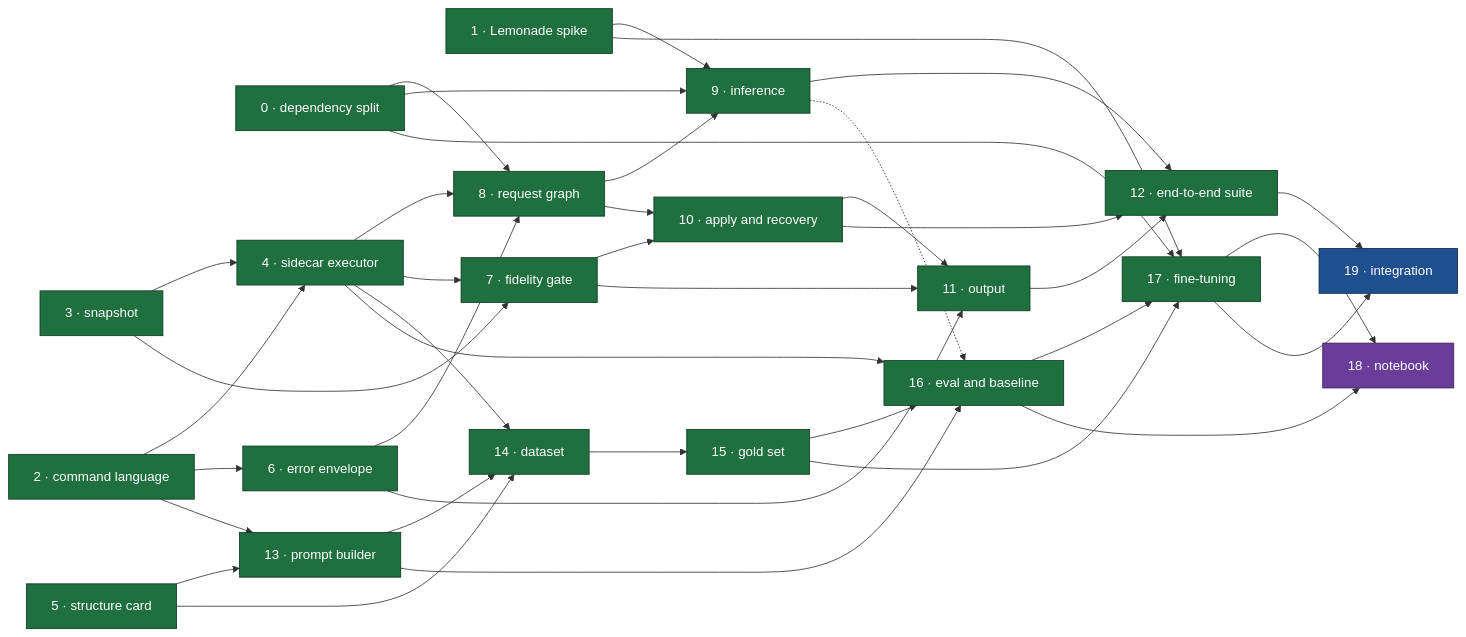
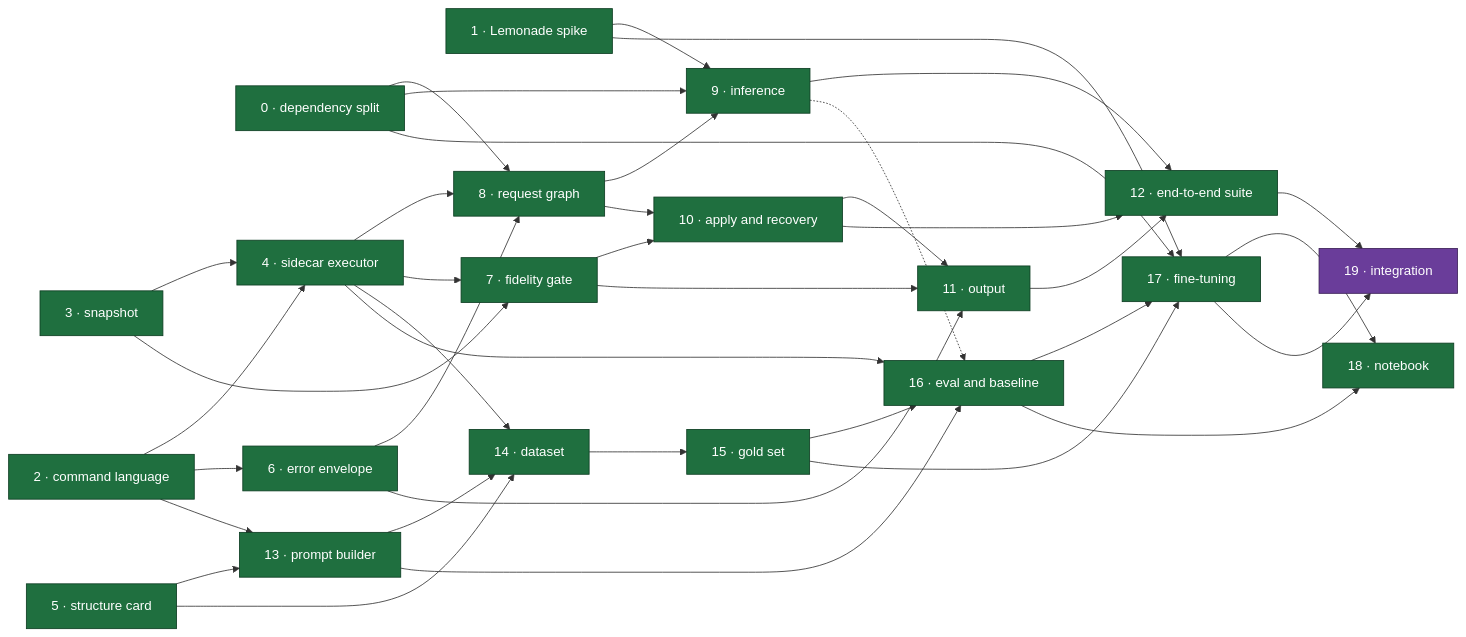
The diagram in docs/master_plan.md (urban233/pymol-copilot), drawn with Mermaid before and after one commit. The commit also changed other lines of this file and 1 other file, not shown here.

First line of the commit message:
docs(plan): Mark item 18 done and plan item 19

````diff
--- a/docs/master_plan.md
+++ b/docs/master_plan.md
@@ -112,67 +112,67 @@
 ```mermaid
 flowchart LR
   classDef done fill:#1f6f3f,stroke:#0d3d22,color:#fff
   classDef review fill:#8a6d1a,stroke:#4d3c0c,color:#fff
   classDef ready fill:#1f4f8f,stroke:#0d2a4d,color:#fff
   classDef progress fill:#6a3d9a,stroke:#3a1f57,color:#fff
   classDef blocked fill:#3a3a3a,stroke:#1a1a1a,color:#ddd
 
   I0["0 · dependency split"]:::done
   I1["1 · Lemonade spike"]:::done
   I2["2 · command language"]:::done
   I3["3 · snapshot"]:::done
   I4["4 · sidecar executor"]:::done
   I5["5 · structure card"]:::done
   I6["6 · error envelope"]:::done
   I7["7 · fidelity gate"]:::done
   I8["8 · request graph"]:::done
   I9["9 · inference"]:::done
   I10["10 · apply and recovery"]:::done
   I11["11 · output"]:::done
   I12["12 · end-to-end suite"]:::done
   I13["13 · prompt builder"]:::done
   I14["14 · dataset"]:::done
   I15["15 · gold set"]:::done
   I16["16 · eval and baseline"]:::done
   I17["17 · fine-tuning"]:::done
-  I18["18 · notebook"]:::progress
-  I19["19 · integration"]:::ready
+  I18["18 · notebook"]:::done
+  I19["19 · integration"]:::progress
 
   I2 --> I4
   I3 --> I4
   I2 --> I6
   I0 --> I8
   I4 --> I8
   I6 --> I8
   I3 --> I7
   I4 --> I7
   I0 --> I9
   I1 --> I9
   I8 --> I9
   I7 --> I10
   I8 --> I10
   I6 --> I11
   I7 --> I11
   I10 --> I11
   I9 --> I12
   I10 --> I12
   I11 --> I12
   I2 --> I13
   I5 --> I13
   I4 --> I14
   I5 --> I14
   I13 --> I14
   I14 --> I15
   I15 --> I16
   I13 --> I16
   I4 --> I16
   I9 -.-> I16
   I1 --> I17
   I0 --> I17
   I15 --> I17
   I16 --> I17
   I16 --> I18
   I17 --> I18
   I12 --> I19
   I17 --> I19
 ```
````
